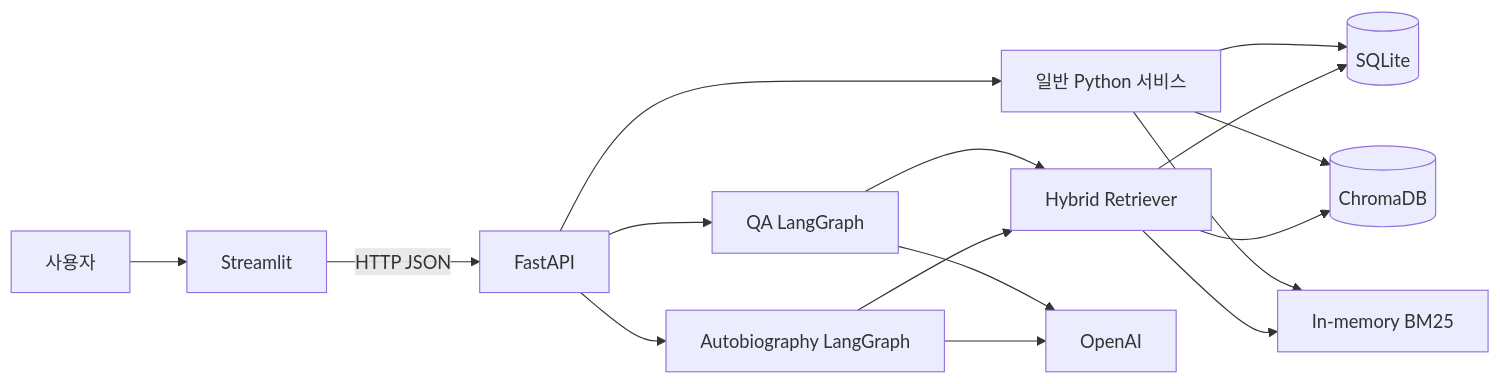
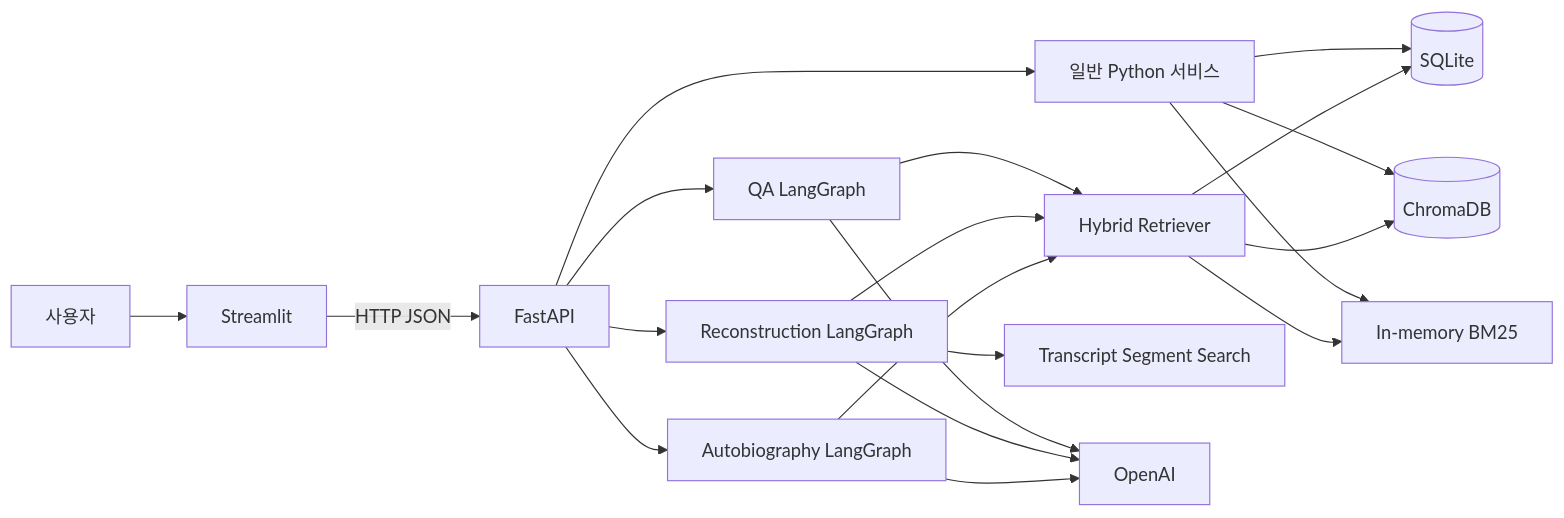
The first of 7 diagrams in docs/ARCHITECTURE.md (nnieun/life-archive-ai), drawn with Mermaid before and after one commit. The commit also changed other lines of this file and 8 other files, not shown here.

````diff
--- a/docs/ARCHITECTURE.md
+++ b/docs/ARCHITECTURE.md
@@ -5,18 +5,22 @@
 ```mermaid
 flowchart LR
     User[사용자] --> UI[Streamlit]
     UI -->|HTTP JSON| API[FastAPI]
     API --> Services[일반 Python 서비스]
     API --> QA[QA LangGraph]
+    API --> RG[Reconstruction LangGraph]
     API --> AB[Autobiography LangGraph]
     Services --> DB[(SQLite)]
     Services --> Chroma[(ChromaDB)]
     Services --> BM25[In-memory BM25]
     QA --> Retriever[Hybrid Retriever]
+    RG --> Retriever
+    RG --> Documents[Transcript Segment Search]
     AB --> Retriever
     Retriever --> DB
     Retriever --> Chroma
     Retriever --> BM25
     QA --> OpenAI[OpenAI]
+    RG --> OpenAI
     AB --> OpenAI
 ```
````
